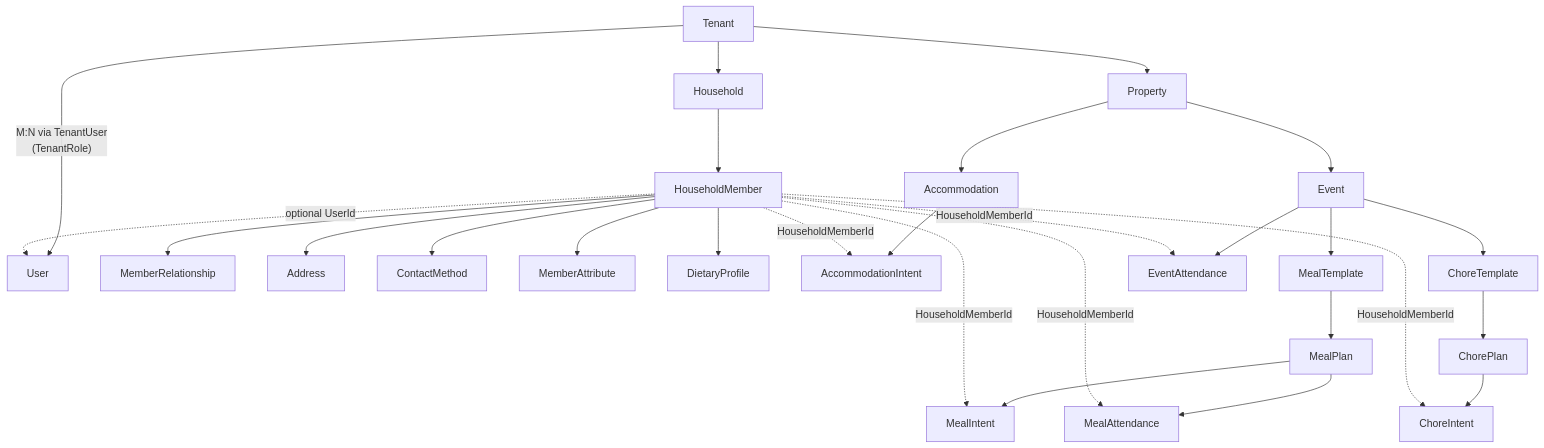
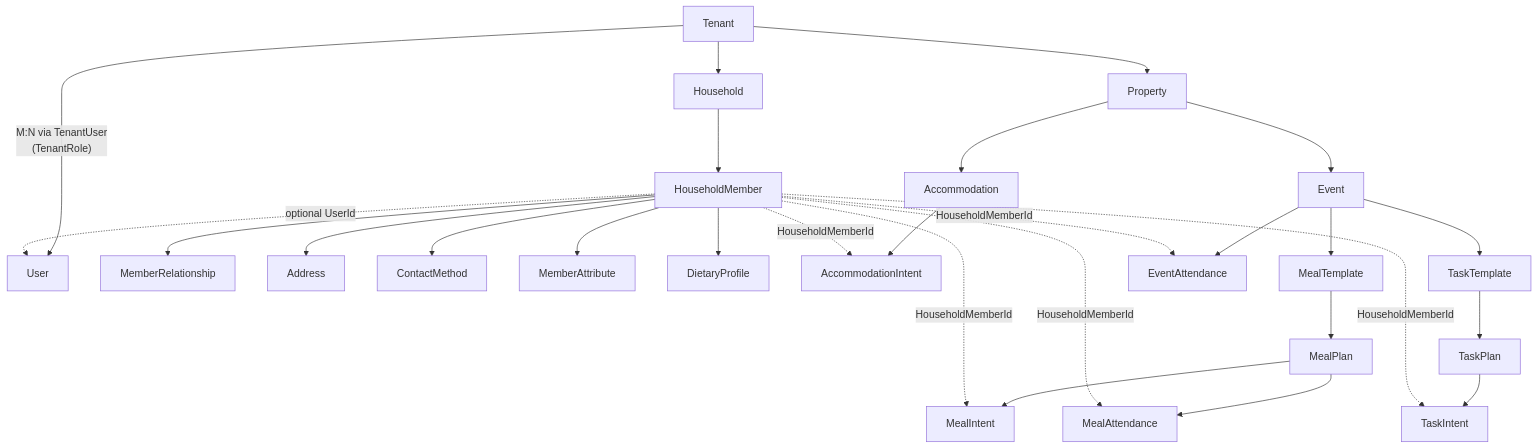
The first of 2 diagrams in docs/ARCHITECTURE.md (jayceslayn/gatherstead), drawn with Mermaid before and after one commit. The commit also changed other lines of this file and 52 other files, not shown here.

````diff
--- a/docs/ARCHITECTURE.md
+++ b/docs/ARCHITECTURE.md
@@ -48,25 +48,25 @@
 ```mermaid
 flowchart TD
     Tenant -->|"M:N via TenantUser\n(TenantRole)"| User
     Tenant --> Household --> HouseholdMember
     HouseholdMember -.->|"optional UserId"| User
     HouseholdMember --> MemberRelationship
     HouseholdMember --> Address
     HouseholdMember --> ContactMethod
     HouseholdMember --> MemberAttribute
     HouseholdMember --> DietaryProfile
 
     Tenant --> Property
     Property --> Accommodation --> AccommodationIntent
     Property --> Event
     Event --> MealTemplate --> MealPlan --> MealIntent
     MealPlan --> MealAttendance
-    Event --> ChoreTemplate --> ChorePlan --> ChoreIntent
+    Event --> TaskTemplate --> TaskPlan --> TaskIntent
     Event --> EventAttendance
 
     HouseholdMember -.->|HouseholdMemberId| AccommodationIntent
     HouseholdMember -.->|HouseholdMemberId| MealIntent
     HouseholdMember -.->|HouseholdMemberId| MealAttendance
-    HouseholdMember -.->|HouseholdMemberId| ChoreIntent
+    HouseholdMember -.->|HouseholdMemberId| TaskIntent
     HouseholdMember -.->|HouseholdMemberId| EventAttendance
 ```
````
